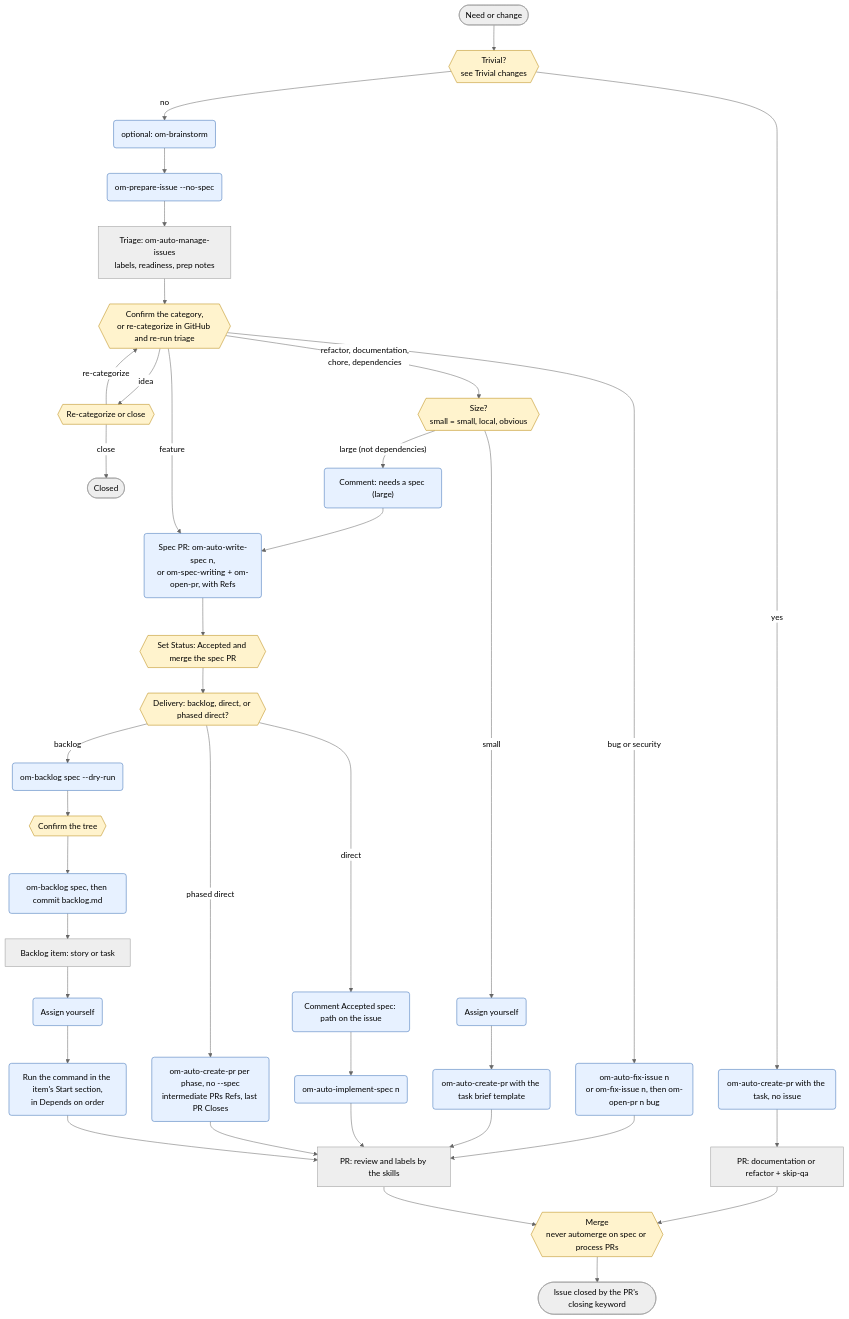
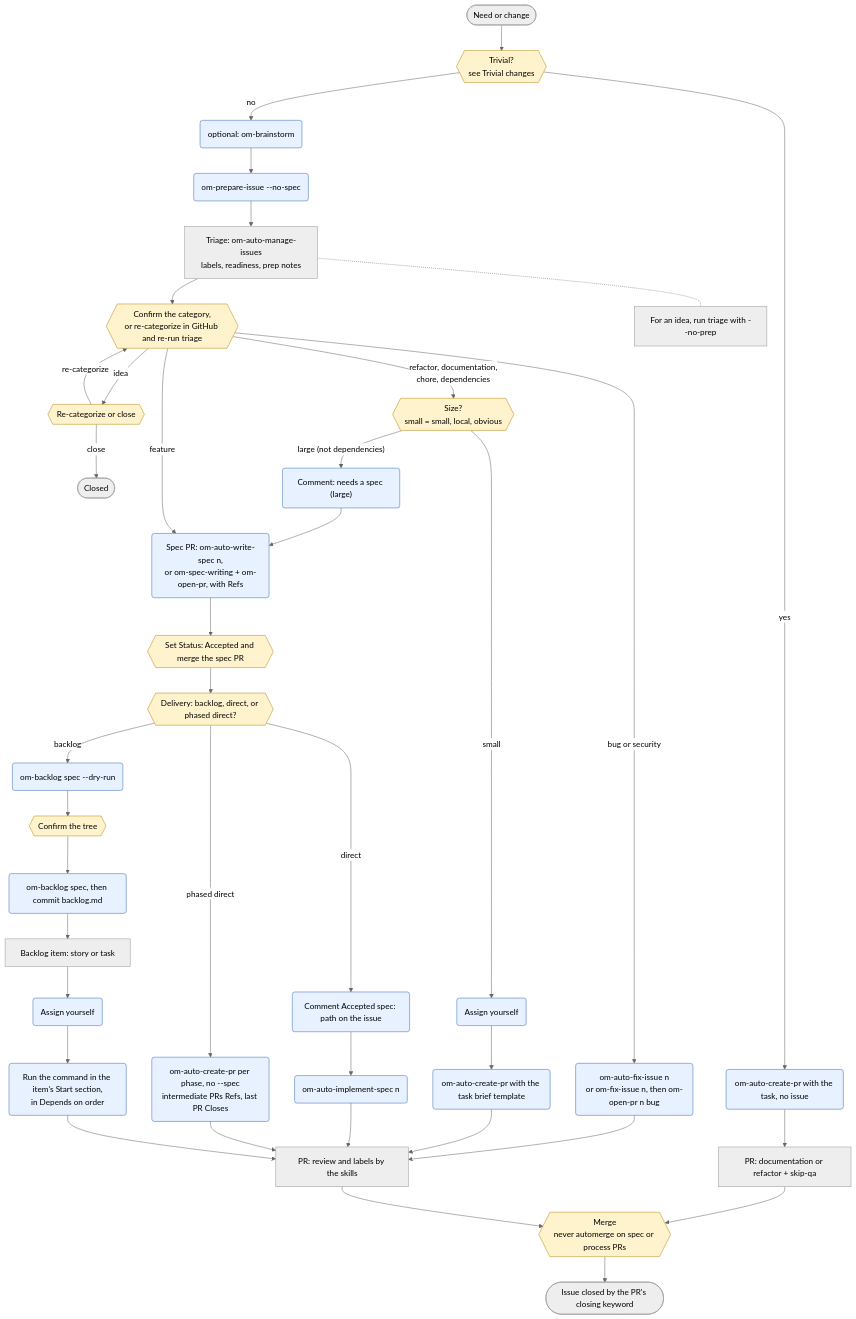
Before and after one commit to AZITWB/om-sdlc-sandbox: the diagram in SDLC-routes.md, drawn with Mermaid (neutral theme).

Commit message:
fix(sdlc): show --no-prep triage for ideas in the route diagram
Review finding on #22. Refs #21

````diff
--- a/SDLC-routes.md
+++ b/SDLC-routes.md
@@ -12,54 +12,55 @@
 ```mermaid
 flowchart TD
     need([Need or change]) --> trivialQ{{"Trivial?<br/>see Trivial changes"}}
     trivialQ -- yes --> trivialRun("om-auto-create-pr with the task, no issue")
     trivialRun --> trivialPR["PR: documentation or refactor + skip-qa"]
     trivialPR --> merge
 
     trivialQ -- no --> brainstorm("optional: om-brainstorm")
     brainstorm --> intake("om-prepare-issue --no-spec")
     intake --> triage["Triage: om-auto-manage-issues<br/>labels, readiness, prep notes"]
     triage --> confirm{{"Confirm the category,<br/>or re-categorize in GitHub and re-run triage"}}
+    triage -.- prepNote["For an idea, run triage with --no-prep"]
 
     confirm -- idea --> ideaQ{{"Re-categorize or close"}}
     ideaQ -- re-categorize --> confirm
     ideaQ -- close --> closed([Closed])
 
     confirm -- "bug or security" --> bugRun("om-auto-fix-issue n<br/>or om-fix-issue n, then om-open-pr n bug")
     bugRun --> pr
 
     confirm -- "refactor, documentation,<br/>chore, dependencies" --> sizeQ{{"Size?<br/>small = small, local, obvious"}}
     sizeQ -- small --> assignTask("Assign yourself")
     assignTask --> taskRun("om-auto-create-pr with the task brief template")
     taskRun --> pr
     sizeQ -- "large (not dependencies)" --> largeNote("Comment: needs a spec (large)")
     largeNote --> specPR
 
     confirm -- feature --> specPR("Spec PR: om-auto-write-spec n,<br/>or om-spec-writing + om-open-pr, with Refs")
     specPR --> accept{{"Set Status: Accepted and merge the spec PR"}}
     accept --> deliveryQ{{"Delivery: backlog, direct, or phased direct?"}}
 
     deliveryQ -- backlog --> backlogDry("om-backlog spec --dry-run")
     backlogDry --> backlogOk{{"Confirm the tree"}}
     backlogOk --> backlogRun("om-backlog spec, then commit backlog.md")
     backlogRun --> item
 
     deliveryQ -- direct --> directComment("Comment Accepted spec: path on the issue")
     directComment --> directRun("om-auto-implement-spec n")
     directRun --> pr
 
     deliveryQ -- "phased direct" --> phaseRun("om-auto-create-pr per phase, no --spec<br/>intermediate PRs Refs, last PR Closes")
     phaseRun --> pr
 
     item["Backlog item: story or task"] --> assignItem("Assign yourself")
     assignItem --> startRun("Run the command in the item's Start section,<br/>in Depends on order")
     startRun --> pr
 
     pr["PR: review and labels by the skills"] --> merge{{"Merge<br/>never automerge on spec or process PRs"}}
     merge --> done([Issue closed by the PR's closing keyword])
 
     classDef human fill:#fff3cd,stroke:#b8860b,color:#000
     classDef cmd fill:#e7f1ff,stroke:#3b6fb6,color:#000
     class trivialQ,confirm,ideaQ,sizeQ,accept,deliveryQ,backlogOk,merge human
     class trivialRun,brainstorm,intake,bugRun,assignTask,taskRun,largeNote,specPR,backlogDry,backlogRun,directComment,directRun,phaseRun,assignItem,startRun cmd
 ```
````
